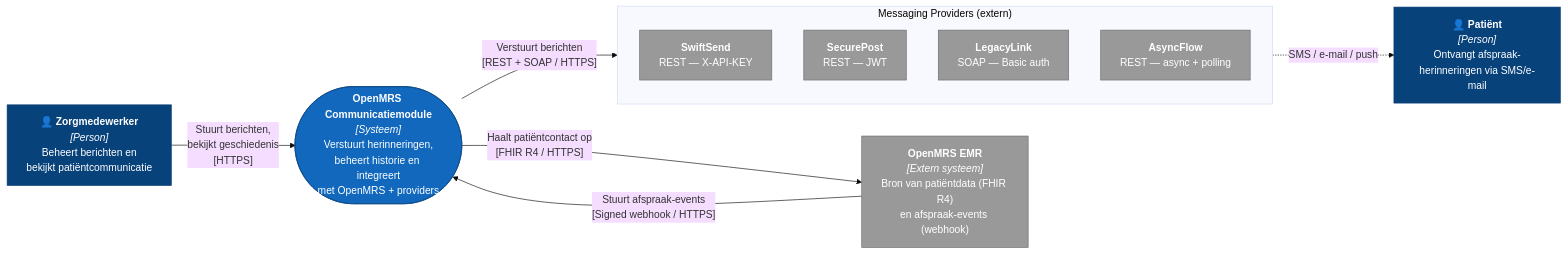
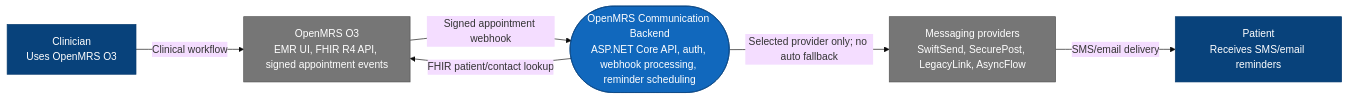
The diagram in docs/c4/01-context.md (Rishyansyal/OpenMRSmoduleBackend), drawn with Mermaid (base theme) before and after one commit. The commit also changed other lines of this file and 160 other files, not shown here.

````diff
--- a/docs/c4/01-context.md
+++ b/docs/c4/01-context.md
@@ -5,27 +5,18 @@
 ```mermaid
 flowchart LR
     classDef person fill:#08427b,stroke:#073b6f,color:#fff
     classDef system fill:#1168bd,stroke:#0b4884,color:#fff
-    classDef ext fill:#999999,stroke:#6b6b6b,color:#fff
+    classDef ext fill:#767676,stroke:#525252,color:#fff
 
-    zorg["👤 <b>Zorgmedewerker</b><br/><i>[Person]</i><br/>Beheert berichten en<br/>bekijkt patiëntcommunicatie"]:::person
-    patient["👤 <b>Patiënt</b><br/><i>[Person]</i><br/>Ontvangt afspraak-<br/>herinneringen via SMS/e-mail"]:::person
+    clinician["Clinician<br/>Uses OpenMRS O3"]:::person
+    patient["Patient<br/>Receives SMS/email reminders"]:::person
+    openmrs["OpenMRS O3<br/>EMR UI, FHIR R4 API, signed appointment events"]:::ext
+    backend(["OpenMRS Communication Backend<br/>ASP.NET Core API, auth, webhook processing, reminder scheduling"]):::system
+    providers["Messaging providers<br/>SwiftSend, SecurePost, LegacyLink, AsyncFlow"]:::ext
 
-    module(["<b>OpenMRS Communicatiemodule</b><br/><i>[Systeem]</i><br/>Verstuurt herinneringen,<br/>beheert historie en integreert<br/>met OpenMRS + providers"]):::system
-
-    openmrs["<b>OpenMRS EMR</b><br/><i>[Extern systeem]</i><br/>Bron van patiëntdata (FHIR R4)<br/>en afspraak-events (webhook)"]:::ext
-
-    subgraph providers["Messaging Providers (extern)"]
-        direction TB
-        swift["<b>SwiftSend</b><br/>REST — X-API-KEY"]:::ext
-        secure["<b>SecurePost</b><br/>REST — JWT"]:::ext
-        legacy["<b>LegacyLink</b><br/>SOAP — Basic auth"]:::ext
-        async["<b>AsyncFlow</b><br/>REST — async + polling"]:::ext
-    end
-
-    zorg -->|"Stuurt berichten,<br/>bekijkt geschiedenis<br/>[HTTPS]"| module
-    openmrs -->|"Stuurt afspraak-events<br/>[Signed webhook / HTTPS]"| module
-    module -->|"Haalt patiëntcontact op<br/>[FHIR R4 / HTTPS]"| openmrs
-    module -->|"Verstuurt berichten<br/>[REST + SOAP / HTTPS]"| providers
-    providers -.->|"SMS / e-mail / push"| patient
+    clinician -->|"Clinical workflow"| openmrs
+    openmrs -->|"Signed appointment webhook"| backend
+    backend -->|"FHIR patient/contact lookup"| openmrs
+    backend -->|"Selected provider only; no auto fallback"| providers
+    providers -->|"SMS/email delivery"| patient
 ```
````
